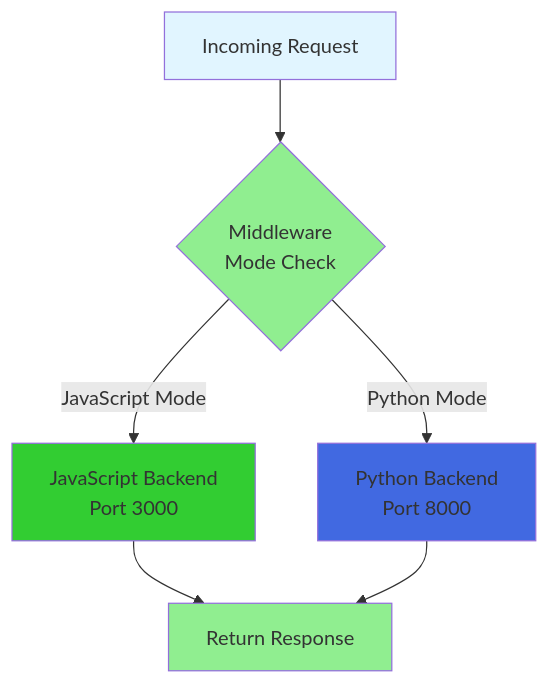
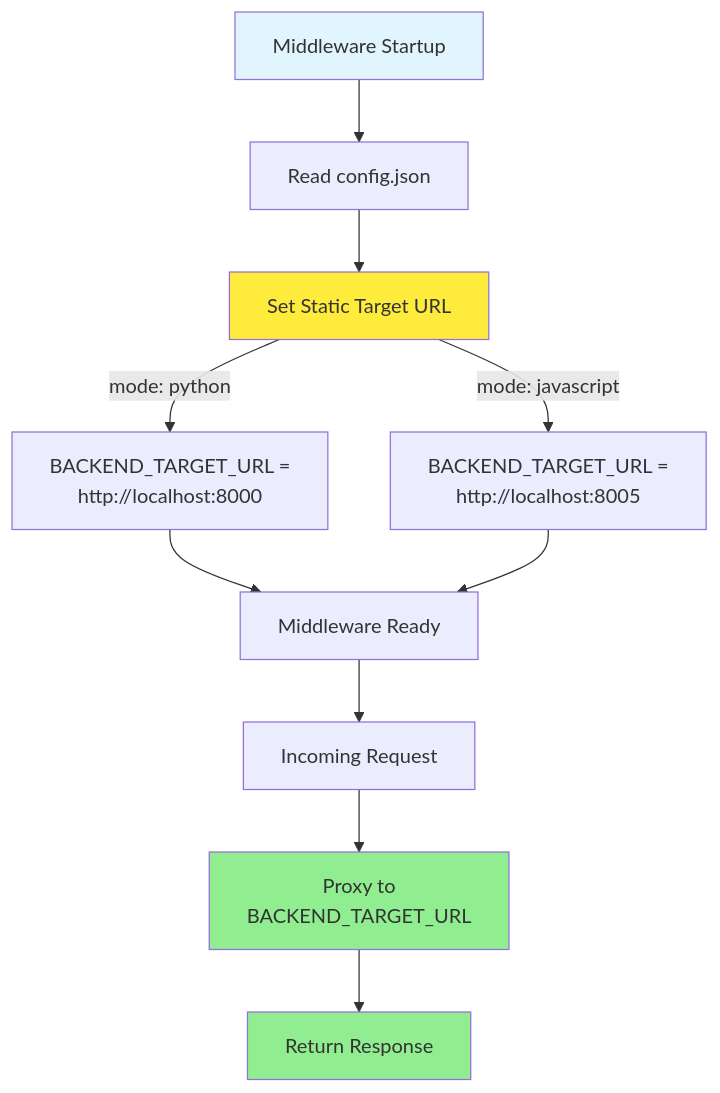
The second of 2 diagrams in middleware/README.md (sunyhydralab/QView3D), drawn with Mermaid before and after one commit. The commit also changed other lines of this file and 4 other files, not shown here.

Commit message:
docs: update documentation to reflect middleware architecture changes

````diff
--- a/middleware/README.md
+++ b/middleware/README.md
@@ -92,16 +97,21 @@
 ```mermaid
 flowchart TD
-    Request[Incoming Request] --> Middleware{Middleware<br/>Mode Check}
+    Startup[Middleware Startup] --> ReadConfig[Read config.json]
+    ReadConfig --> SetTarget[Set Static Target URL]
 
-    Middleware -->|Python Mode| PyBackend[Python Backend<br/>Port 8000]
-    Middleware -->|JavaScript Mode| JSBackend[JavaScript Backend<br/>Port 3000]
+    SetTarget -->|mode: python| PyTarget[BACKEND_TARGET_URL =<br/>http://localhost:8000]
+    SetTarget -->|mode: javascript| JSTarget[BACKEND_TARGET_URL =<br/>http://localhost:8005]
 
-    JSBackend --> Response[Return Response]
-    PyBackend --> Response
+    PyTarget --> Ready[Middleware Ready]
+    JSTarget --> Ready
 
-    style Request fill:#e1f5ff
-    style Middleware fill:#90ee90
-    style JSBackend fill:#32cd32
-    style PyBackend fill:#4169e1
+    Ready --> Request[Incoming Request]
+    Request --> Proxy[Proxy to<br/>BACKEND_TARGET_URL]
+
+    Proxy --> Response[Return Response]
+
+    style Startup fill:#e1f5ff
+    style SetTarget fill:#ffeb3b
+    style Proxy fill:#90ee90
     style Response fill:#90ee90
 ```
````
